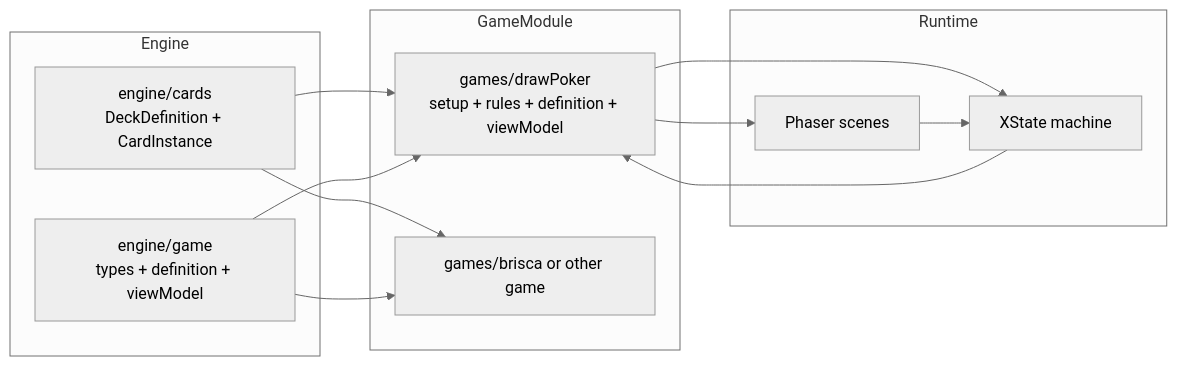
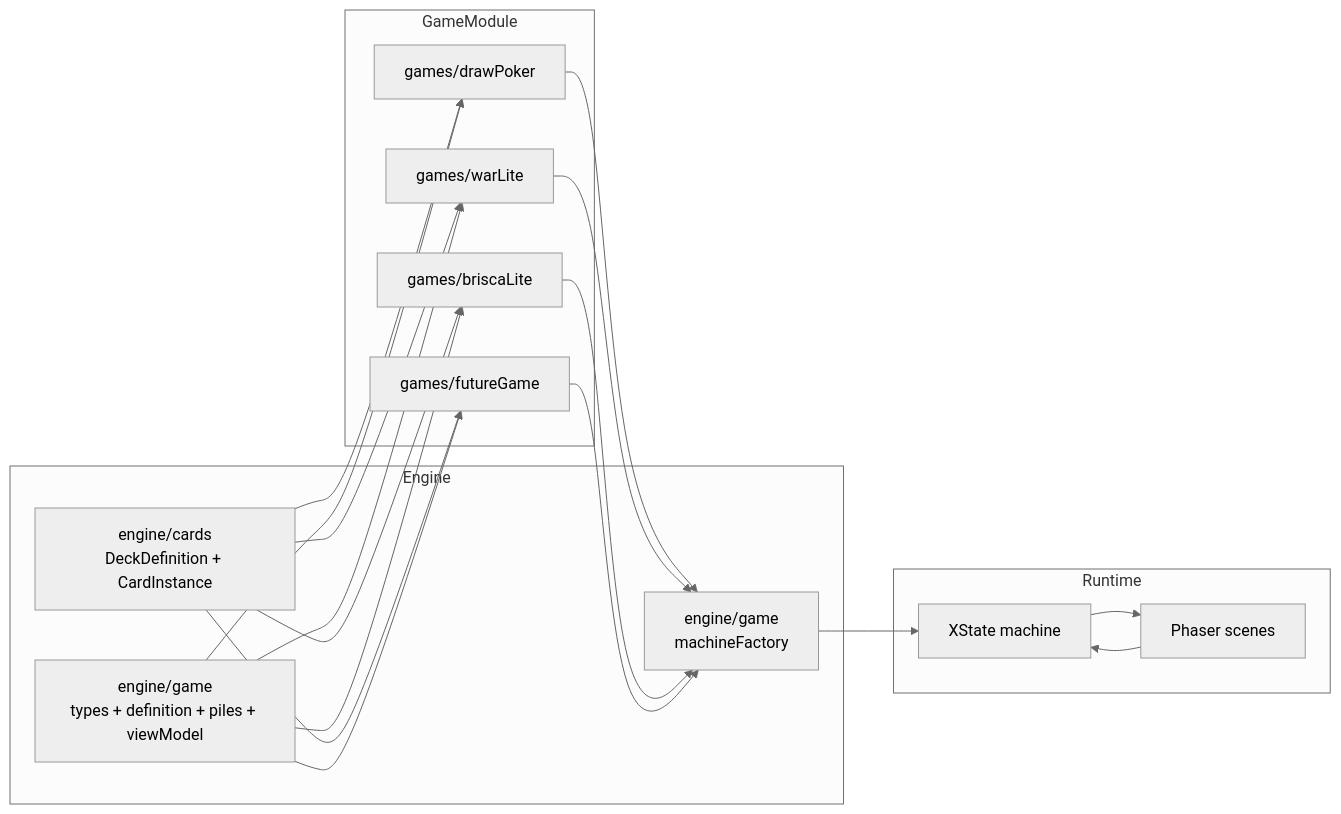
The first of 4 diagrams in docs/rewrite-architecture.md (yuvala/card-game-platform), drawn with Mermaid (neutral theme) before and after one commit. The commit also changed other lines of this file and 6 other files, not shown here.

````diff
--- a/docs/rewrite-architecture.md
+++ b/docs/rewrite-architecture.md
@@ -69,26 +93,36 @@
 ```mermaid
 flowchart LR
     subgraph Engine
         Cards[engine/cards<br/>DeckDefinition + CardInstance]
-        GameCore[engine/game<br/>types + definition + viewModel]
+        GameCore[engine/game<br/>types + definition + piles + viewModel]
+        MachineFactory[engine/game<br/>machineFactory]
     end
 
     subgraph GameModule
-        DrawPoker[games/drawPoker<br/>setup + rules + definition + viewModel]
-        FutureGame[games/brisca or other game]
+        DrawPoker[games/drawPoker]
+        WarLite[games/warLite]
+        BriscaLite[games/briscaLite]
+        FutureGame[games/futureGame]
     end
 
     subgraph Runtime
         Machine[XState machine]
         Scenes[Phaser scenes]
     end
 
     Cards --> DrawPoker
+    Cards --> WarLite
+    Cards --> BriscaLite
     Cards --> FutureGame
     GameCore --> DrawPoker
+    GameCore --> WarLite
+    GameCore --> BriscaLite
     GameCore --> FutureGame
-    DrawPoker --> Machine
-    Machine --> DrawPoker
-    DrawPoker --> Scenes
+    DrawPoker --> MachineFactory
+    WarLite --> MachineFactory
+    BriscaLite --> MachineFactory
+    FutureGame --> MachineFactory
+    MachineFactory --> Machine
     Scenes --> Machine
+    Machine --> Scenes
 ```
````
